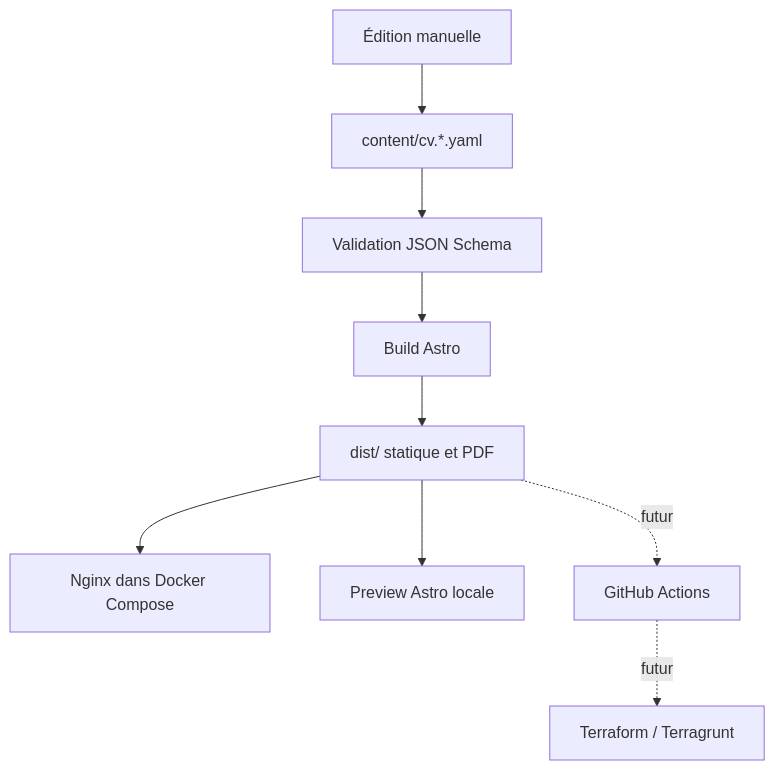
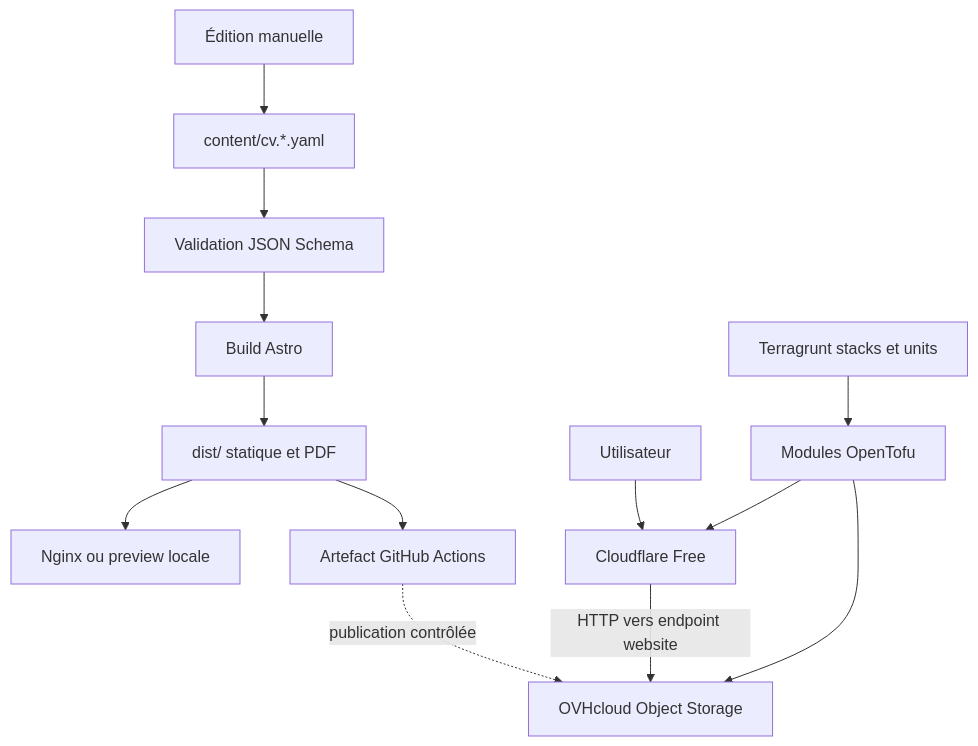
Before and after one commit to ylascaux/cv: the diagram in docs/architecture.md, drawn with Mermaid. The commit also changed other lines of this file and 6 other files, not shown here.

Commit message:
feat: Add OpenTofu deployment infrastructure

````diff
--- a/docs/architecture.md
+++ b/docs/architecture.md
@@ -5,11 +5,15 @@
 ```mermaid
 flowchart TD
     E[Édition manuelle] --> C[content/cv.*.yaml]
     C --> V[Validation JSON Schema]
     V --> A[Build Astro]
     A --> D[dist/ statique et PDF]
-    D --> N[Nginx dans Docker Compose]
-    D --> P[Preview Astro locale]
-    D -. futur .-> CI[GitHub Actions]
-    CI -. futur .-> I[Terraform / Terragrunt]
+    D --> L[Nginx ou preview locale]
+    D --> CI[Artefact GitHub Actions]
+    CI -. publication contrôlée .-> O[OVHcloud Object Storage]
+    U[Utilisateur] --> CF[Cloudflare Free]
+    CF -->|HTTP vers endpoint website| O
+    TG[Terragrunt stacks et units] --> TF[Modules OpenTofu]
+    TF --> O
+    TF --> CF
 ```
````
